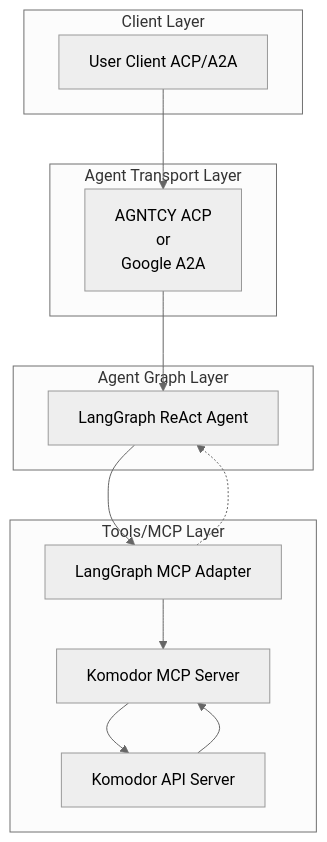
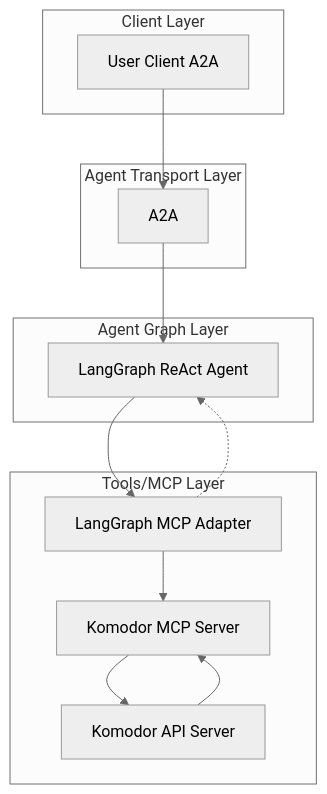
One commit to tensai828/ai-driven-platform-operations changed the diagram in ai_platform_engineering/agents/komodor/README.md. Above: the diagram before and after it, drawn with Mermaid (neutral theme).

Commit message:
docs(komodor): update diagram

````diff
--- a/ai_platform_engineering/agents/komodor/README.md
+++ b/ai_platform_engineering/agents/komodor/README.md
@@ -43,25 +43,25 @@
 ```mermaid
 flowchart TD
   subgraph Client Layer
-    A[User Client ACP/A2A]
+    A[User Client A2A]
   end
 
   subgraph Agent Transport Layer
-    B[AGNTCY ACP<br/>or<br/>Google A2A]
+    B[A2A]
   end
 
   subgraph Agent Graph Layer
     C[LangGraph ReAct Agent]
   end
 
   subgraph Tools/MCP Layer
     D[LangGraph MCP Adapter]
     E[Komodor MCP Server]
     F[Komodor API Server]
   end
 
   A --> B --> C
   C --> D
   D -.-> C
   D --> E --> F --> E
 ```
````
